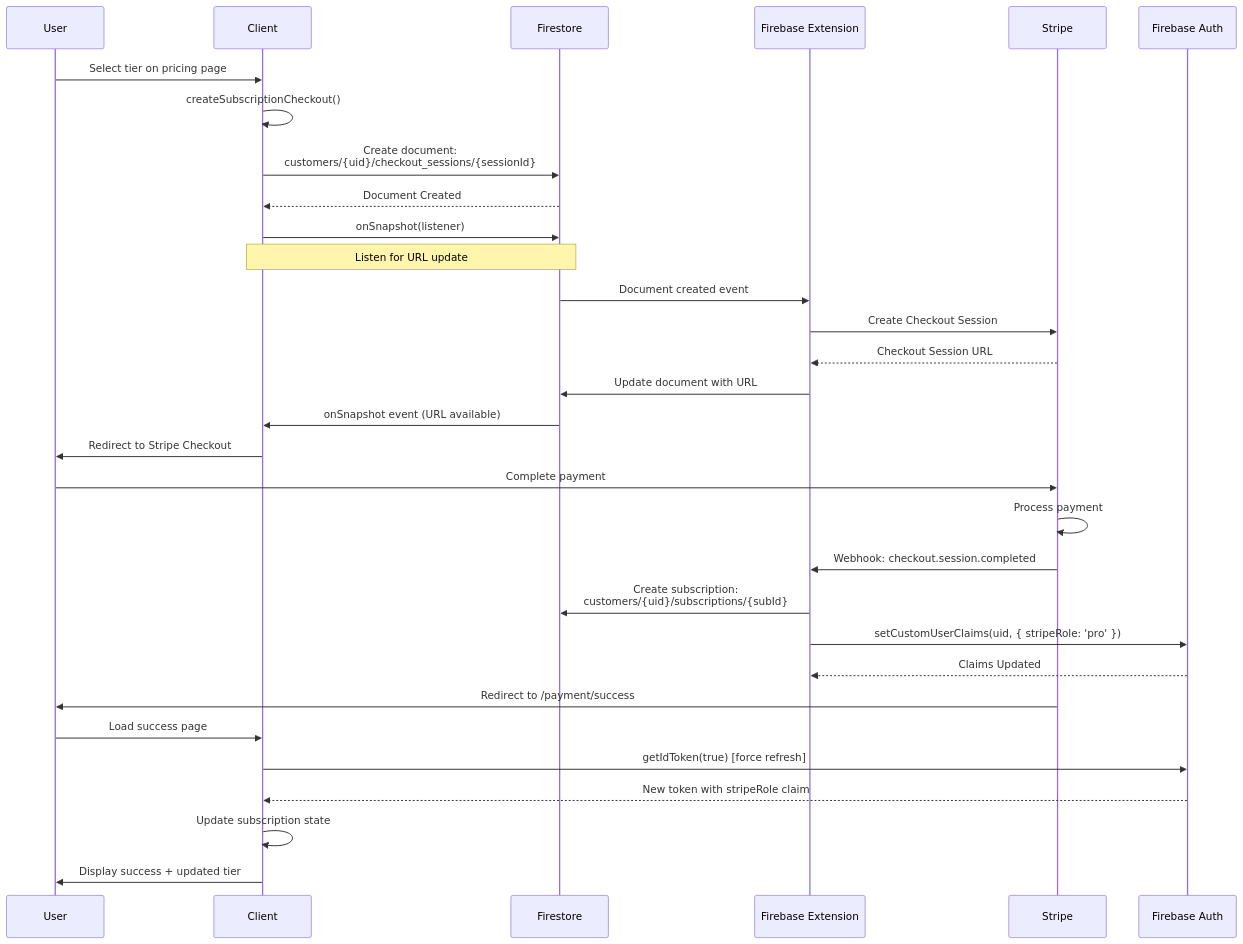
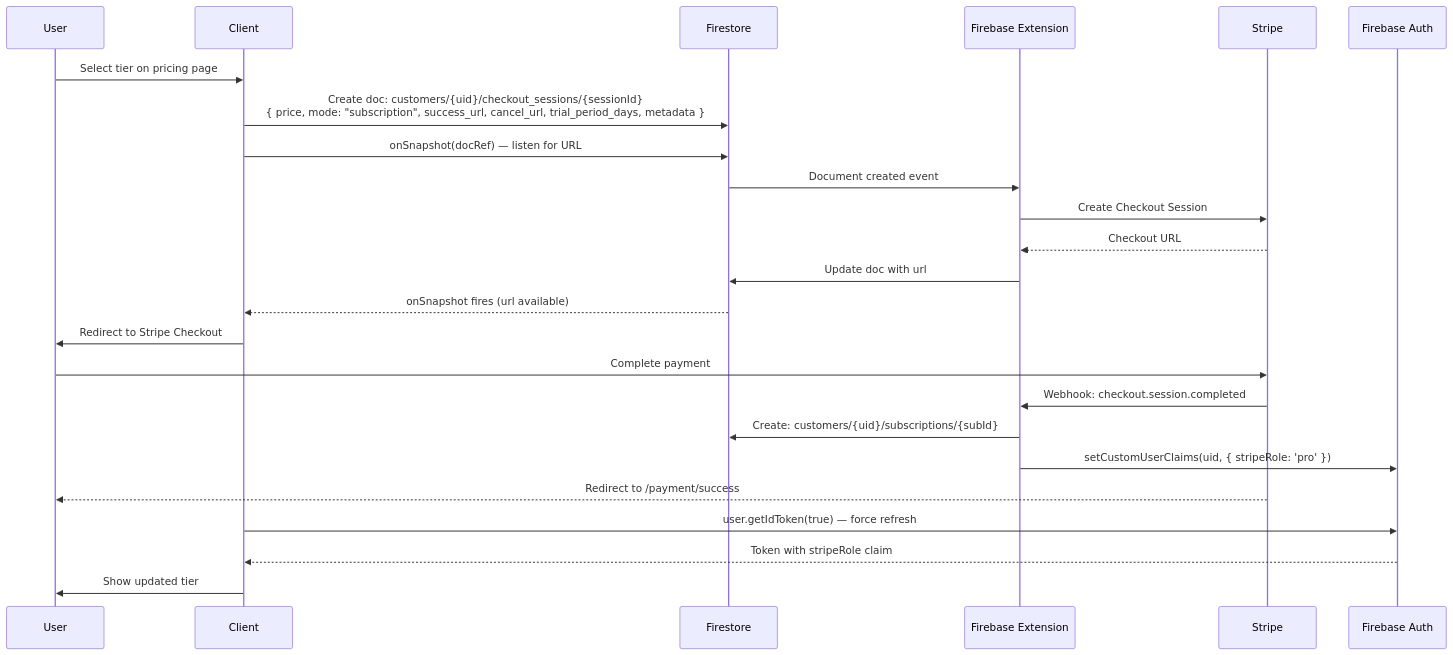
The first of 3 diagrams in docs/architecture/domain/subscription-system.md (KennethAtchon/ContentAI), drawn with Mermaid before and after one commit. The commit also changed other lines of this file and 12 other files, not shown here.

First line of the commit message:
docs: Update architecture documentation to reflect ReelStudio's current tech stack and implementation

````diff
--- a/docs/architecture/domain/subscription-system.md
+++ b/docs/architecture/domain/subscription-system.md
@@ -219,39 +122,31 @@
 ```mermaid
 sequenceDiagram
     participant User
     participant Client
     participant Firestore
     participant Firebase Extension
     participant Stripe
     participant Firebase Auth
 
     User->>Client: Select tier on pricing page
-    Client->>Client: createSubscriptionCheckout()
-    Client->>Firestore: Create document:<br/>customers/{uid}/checkout_sessions/{sessionId}
-    Firestore-->>Client: Document Created
-    
-    Client->>Firestore: onSnapshot(listener)
-    Note over Client,Firestore: Listen for URL update
-    
+    Client->>Firestore: Create doc: customers/{uid}/checkout_sessions/{sessionId}<br/>{ price, mode: "subscription", success_url, cancel_url, trial_period_days, metadata }
+    Client->>Firestore: onSnapshot(docRef) — listen for URL
+
     Firestore->>Firebase Extension: Document created event
     Firebase Extension->>Stripe: Create Checkout Session
-    Stripe-->>Firebase Extension: Checkout Session URL
-    Firebase Extension->>Firestore: Update document with URL
-    Firestore->>Client: onSnapshot event (URL available)
-    
+    Stripe-->>Firebase Extension: Checkout URL
+    Firebase Extension->>Firestore: Update doc with url
+
+    Firestore-->>Client: onSnapshot fires (url available)
     Client->>User: Redirect to Stripe Checkout
+
     User->>Stripe: Complete payment
-    Stripe->>Stripe: Process payment
-    
     Stripe->>Firebase Extension: Webhook: checkout.session.completed
-    Firebase Extension->>Firestore: Create subscription:<br/>customers/{uid}/subscriptions/{subId}
+    Firebase Extension->>Firestore: Create: customers/{uid}/subscriptions/{subId}
     Firebase Extension->>Firebase Auth: setCustomUserClaims(uid, { stripeRole: 'pro' })
-    Firebase Auth-->>Firebase Extension: Claims Updated
-    
-    Stripe->>User: Redirect to /payment/success
-    User->>Client: Load success page
-    Client->>Firebase Auth: getIdToken(true) [force refresh]
-    Firebase Auth-->>Client: New token with stripeRole claim
-    Client->>Client: Update subscription state
-    Client->>User: Display success + updated tier
+
+    Stripe-->>User: Redirect to /payment/success
+    Client->>Firebase Auth: user.getIdToken(true) — force refresh
+    Firebase Auth-->>Client: Token with stripeRole claim
+    Client->>User: Show updated tier
 ```
````
